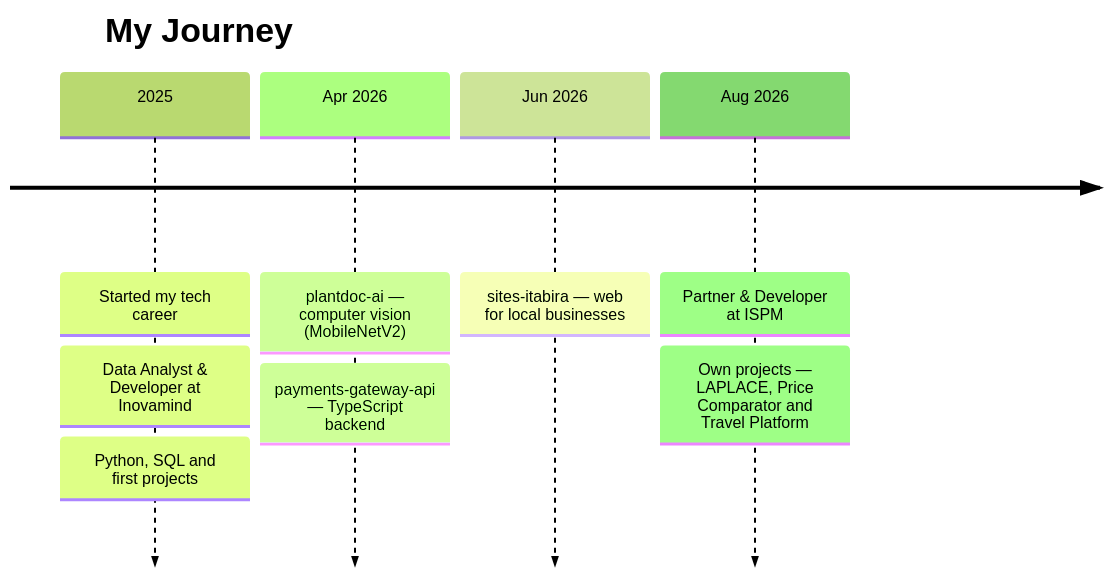
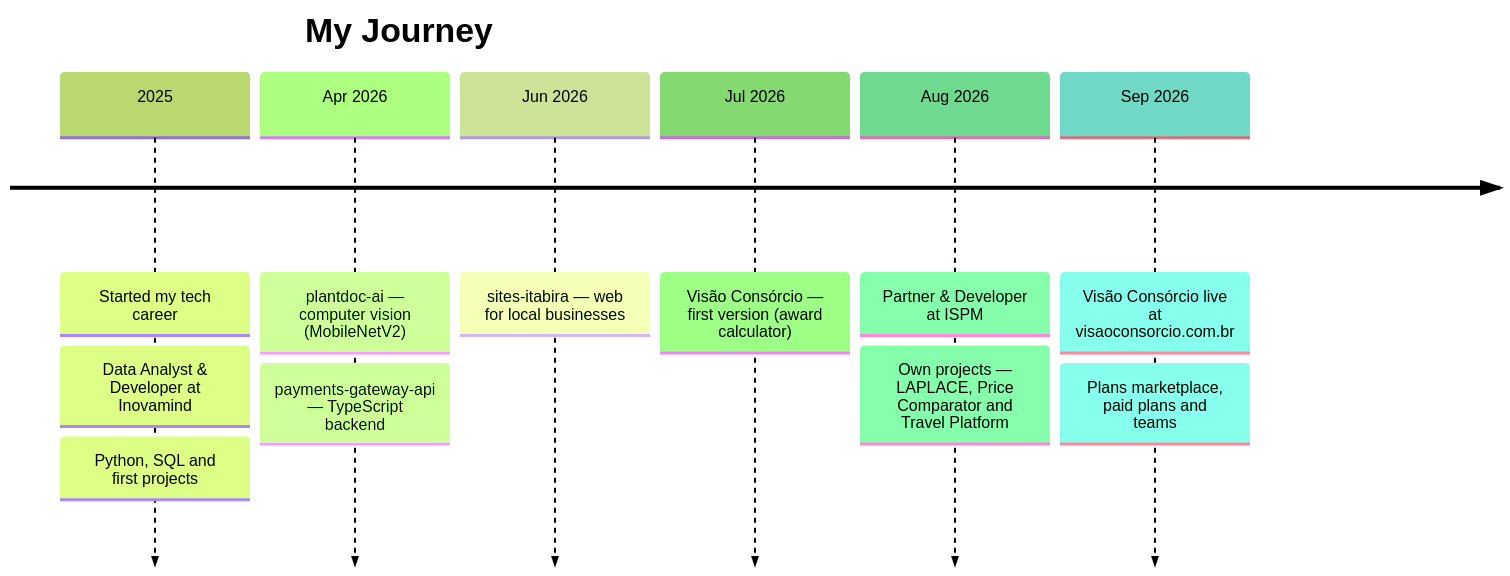
One commit to diego-caldeira-12/diego-caldeira-12 changed the diagram in README.en.md. Above: the diagram before and after it, drawn with Mermaid (forest theme). The commit also changed other lines of this file and 2 other files, not shown here.

First line of the commit message:
Destaca o Visão Consórcio no perfil

````diff
--- a/README.en.md
+++ b/README.en.md
@@ -223,8 +245,10 @@
 ```mermaid
 timeline
     title My Journey
     2025 : Started my tech career : Data Analyst & Developer at Inovamind : Python, SQL and first projects
     Apr 2026 : plantdoc-ai — computer vision (MobileNetV2) : payments-gateway-api — TypeScript backend
     Jun 2026 : sites-itabira — web for local businesses
+    Jul 2026 : Visão Consórcio — first version (award calculator)
     Aug 2026 : Partner & Developer at ISPM : Own projects — LAPLACE, Price Comparator and Travel Platform
+    Sep 2026 : Visão Consórcio live at visaoconsorcio.com.br : Plans marketplace, paid plans and teams
 ```
````
